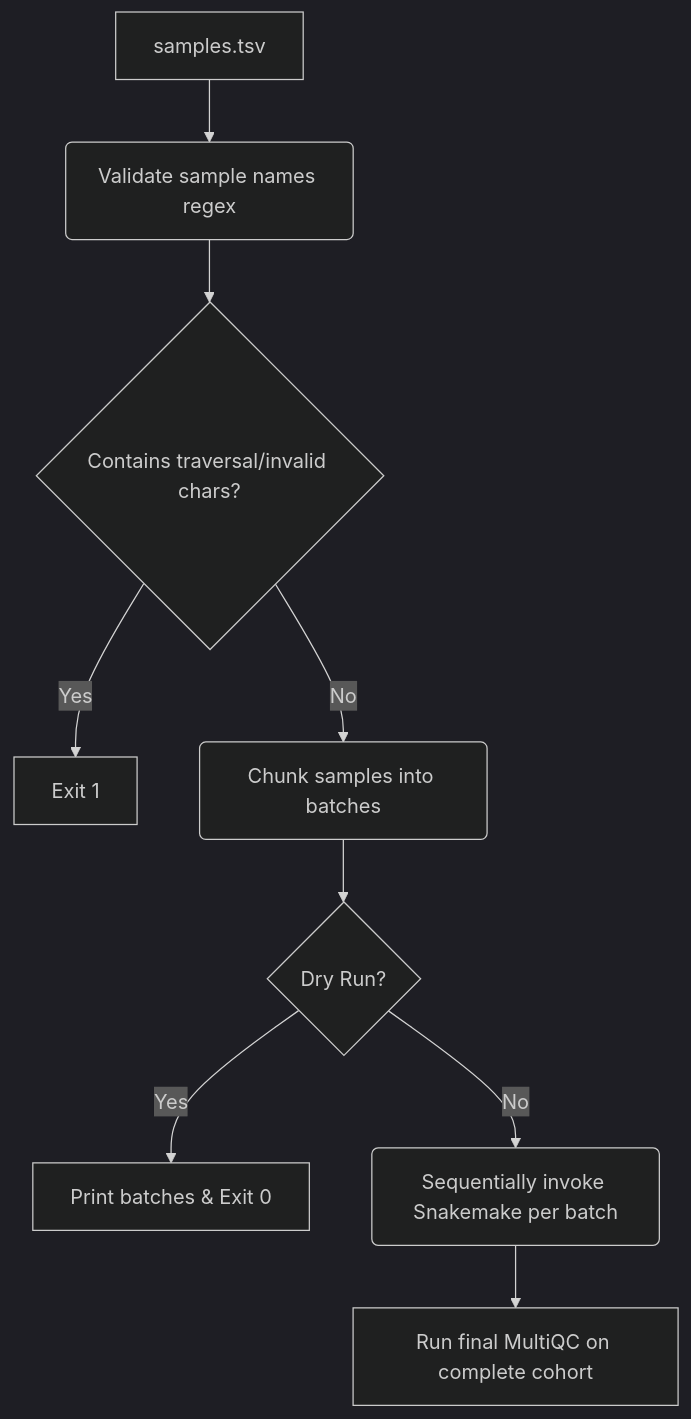
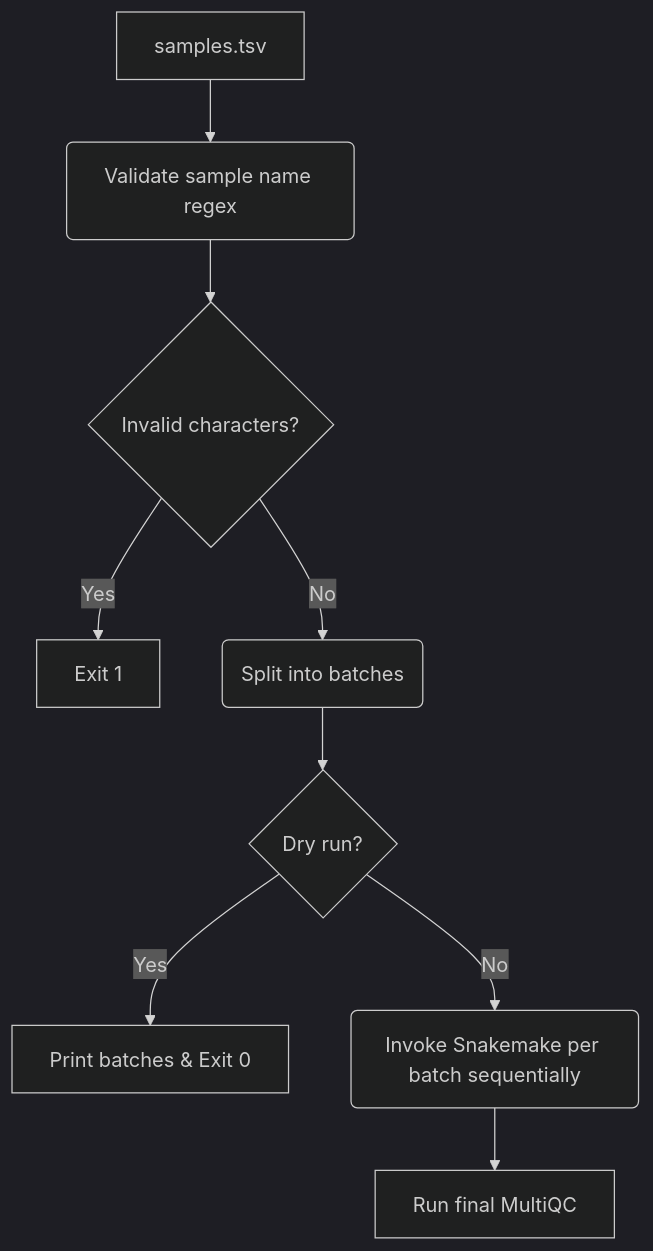
One commit to BDB-Genomics/bdb-rnaseq changed the fifth of 7 diagrams in rules/scripts/README.md. Above: the diagram before and after it, drawn with Mermaid (dark theme). The commit also changed other lines of this file, not shown here.

````diff
--- a/rules/scripts/README.md
+++ b/rules/scripts/README.md
@@ -134,11 +128,11 @@
 ```mermaid
 graph TD
-    A[samples.tsv] --> B(Validate sample names regex)
-    B --> C{Contains traversal/invalid chars?}
+    A[samples.tsv] --> B(Validate sample name regex)
+    B --> C{Invalid characters?}
     C -- Yes --> D[Exit 1]
-    C -- No --> E(Chunk samples into batches)
-    E --> F{Dry Run?}
+    C -- No --> E(Split into batches)
+    E --> F{Dry run?}
     F -- Yes --> G[Print batches & Exit 0]
-    F -- No --> H(Sequentially invoke Snakemake per batch)
-    H --> I[Run final MultiQC on complete cohort]
+    F -- No --> H(Invoke Snakemake per batch sequentially)
+    H --> I[Run final MultiQC]
 ```
````
